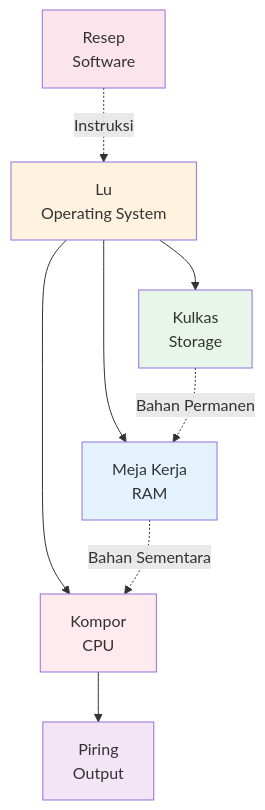
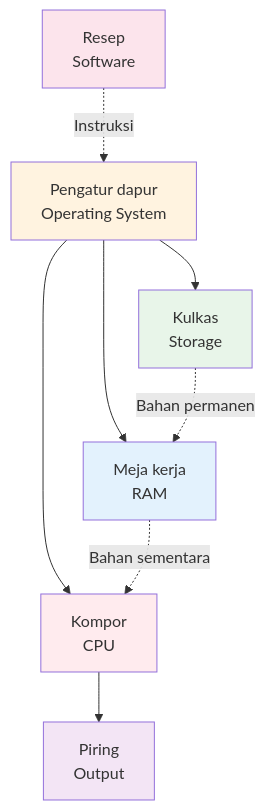
One commit to muhammad-rapi/belajar-it-course changed the diagram in module-1-dasar-komputer/lesson-01-apa-itu-komputer/konsep-dasar.md. Above: the diagram before and after it, drawn with Mermaid. The commit also changed other lines of this file and 34 other files, not shown here.

````diff
--- a/module-1-dasar-komputer/lesson-01-apa-itu-komputer/konsep-dasar.md
+++ b/module-1-dasar-komputer/lesson-01-apa-itu-komputer/konsep-dasar.md
@@ -22,19 +22,19 @@
 ```mermaid
 graph TD
-    A[Lu<br/>Operating System] --> B[Kompor<br/>CPU]
-    A --> C[Meja Kerja<br/>RAM]
+    A[Pengatur dapur<br/>Operating System] --> B[Kompor<br/>CPU]
+    A --> C[Meja kerja<br/>RAM]
     A --> D[Kulkas<br/>Storage]
-    
+
     B --> E[Piring<br/>Output]
-    C -.Bahan Sementara.-> B
-    D -.Bahan Permanen.-> C
-    
+    C -.Bahan sementara.-> B
+    D -.Bahan permanen.-> C
+
     F[Resep<br/>Software] -.Instruksi.-> A
-    
+
     style A fill:#fff3e0
     style B fill:#ffebee
     style C fill:#e3f2fd
     style D fill:#e8f5e9
     style E fill:#f3e5f5
     style F fill:#fce4ec
 ```
````
